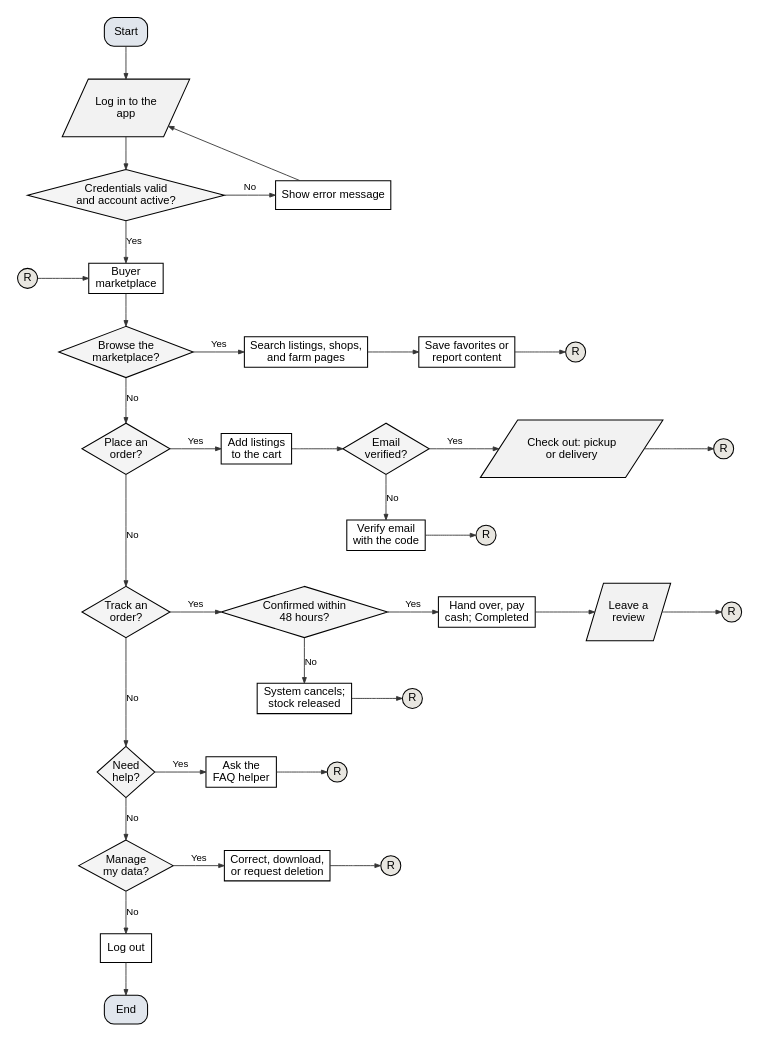
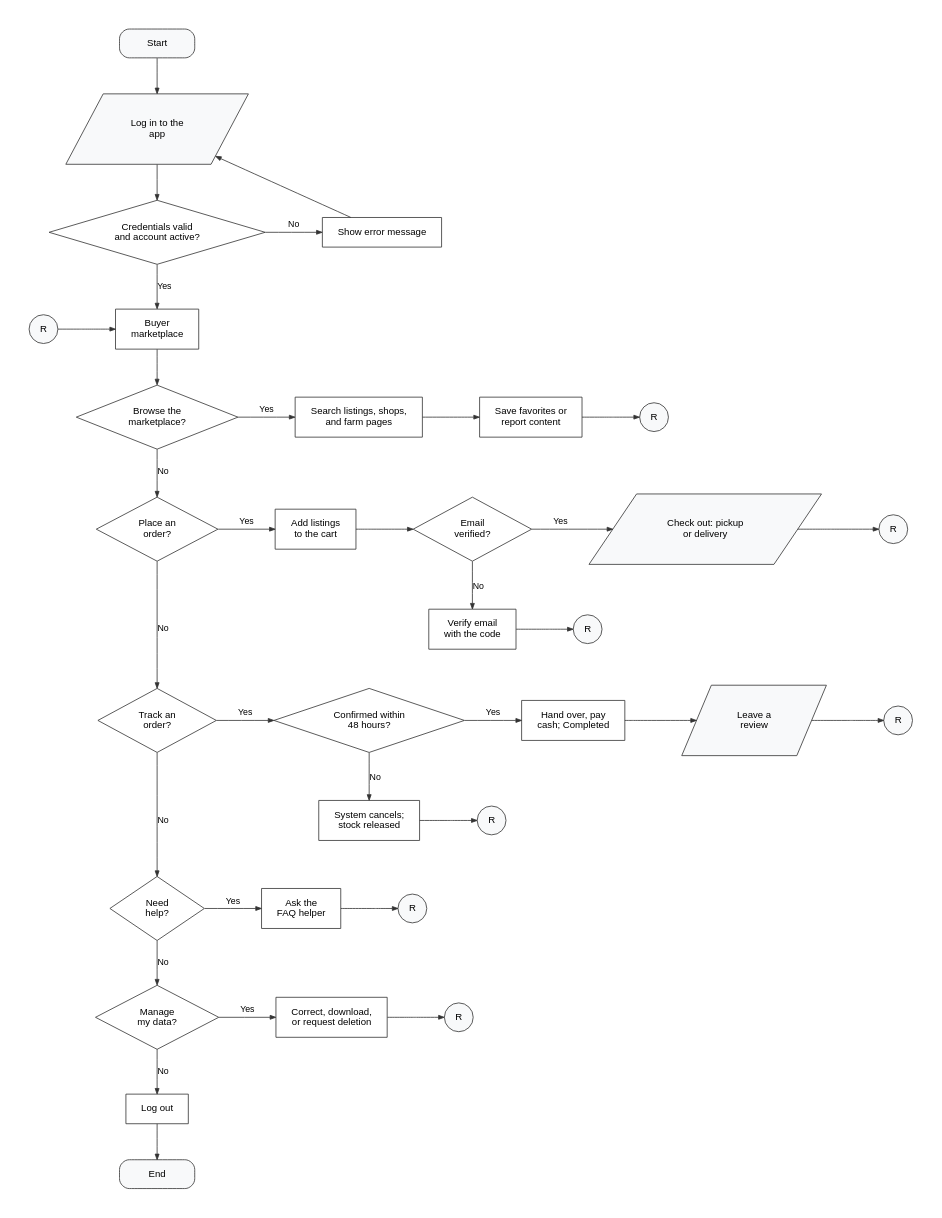
One commit to shawncastaneda11-commits/anihow-backend changed the diagram in docs/manuscript/figures/src/fig5e_flow_buyer.dot. Above: the diagram before and after it, drawn with Graphviz. The commit also changed 15 other files, not shown here.

First line of the commit message:
docs(manuscript): refactor Figure 5 to a publication-grade flowchart

```diff
--- a/docs/manuscript/figures/src/fig5e_flow_buyer.dot
+++ b/docs/manuscript/figures/src/fig5e_flow_buyer.dot
@@ -1,89 +1,89 @@
 digraph G {
-  graph [rankdir=TB, nodesep=0.45, ranksep=0.55, pad=0.2, fontname="Liberation Sans", newrank=true, splines=polyline];
-  node  [fontname="Liberation Sans", fontsize=14, penwidth=1.3, style=filled, fillcolor="#FFFFFF", margin="0.12,0.06"];
-  edge  [penwidth=1.1, arrowsize=0.7, color="#333333", fontname="Liberation Sans", fontsize=12];
-  s [shape=box, style="rounded,filled", fillcolor="#E1E6ED", label="Start"];
-  li [shape=parallelogram, fillcolor="#F2F2F2", label="Log in to the\napp", margin="0.02,0.04"];
-  ok [shape=diamond, fillcolor="#F4F4F4", label="Credentials valid\nand account active?", margin="0.02,0.02"];
+  graph [rankdir=TB, nodesep=0.5, ranksep=0.6, pad=0.4, fontname="Liberation Sans", newrank=true, splines=polyline, bgcolor="white"];
+  node  [fontname="Liberation Sans", fontsize=12, penwidth=1, color="#333333", style=filled, fillcolor="#FFFFFF", margin="0.26,0.16"];
+  edge  [penwidth=1, arrowsize=0.7, color="#333333", fontname="Liberation Sans", fontsize=11];
+  s [shape=box, style="rounded,filled", fillcolor="#F8F9FA", width=1.3, height=0.5, margin="0.2,0.1", label="Start"];
+  li [shape=parallelogram, fillcolor="#F8F9FA", label="Log in to the\napp", margin="0.30,0.12"];
+  ok [shape=diamond, fillcolor="#FFFFFF", label="Credentials valid\nand account active?", margin="0.20,0.10"];
   err [shape=box, label="Show error message"];
-  ain [shape=circle, width=0.35, fixedsize=true, fillcolor="#E8E6E0", label="R"];
+  ain [shape=circle, width=0.5, fixedsize=true, fillcolor="#F8F9FA", label="R"];
   home [shape=box, label="Buyer\nmarketplace"];
   lo [shape=box, label="Log out"];
-  end [shape=box, style="rounded,filled", fillcolor="#E1E6ED", label="End"];
+  end [shape=box, style="rounded,filled", fillcolor="#F8F9FA", width=1.3, height=0.5, margin="0.2,0.1", label="End"];
   s -> li;
   li -> ok;
   ok -> err [label="No"];
   err -> li [constraint=false];
   ok -> home [label="Yes"];
   ain -> home;
   {rank=same; ok err}
   {rank=same; home ain}
-  q0 [shape=diamond, fillcolor="#F4F4F4", label="Browse the\nmarketplace?", margin="0.02,0.02"];
+  q0 [shape=diamond, fillcolor="#FFFFFF", label="Browse the\nmarketplace?", margin="0.20,0.10"];
   home -> q0;
   s0_0 [shape=box, label="Search listings, shops,\nand farm pages"];
   q0 -> s0_0 [label="Yes"];
   s0_1 [shape=box, label="Save favorites or\nreport content"];
   s0_0 -> s0_1;
-  r0 [shape=circle, width=0.35, fixedsize=true, fillcolor="#E8E6E0", label="R"];
+  r0 [shape=circle, width=0.5, fixedsize=true, fillcolor="#F8F9FA", label="R"];
   s0_1 -> r0;
   {rank=same; q0; s0_0; s0_1; r0}
-  q1 [shape=diamond, fillcolor="#F4F4F4", label="Place an\norder?", margin="0.02,0.02"];
+  q1 [shape=diamond, fillcolor="#FFFFFF", label="Place an\norder?", margin="0.20,0.10"];
   q0 -> q1 [label="No"];
   s1_0 [shape=box, label="Add listings\nto the cart"];
   q1 -> s1_0 [label="Yes"];
-  s1_1 [shape=diamond, fillcolor="#F4F4F4", label="Email\nverified?", margin="0.02,0.02"];
+  s1_1 [shape=diamond, fillcolor="#FFFFFF", label="Email\nverified?", margin="0.20,0.10"];
   s1_0 -> s1_1;
   a1_1 [shape=box, label="Verify email\nwith the code"];
-  xa1_1 [shape=circle, width=0.35, fixedsize=true, fillcolor="#E8E6E0", label="R"];
+  xa1_1 [shape=circle, width=0.5, fixedsize=true, fillcolor="#F8F9FA", label="R"];
   s1_1 -> a1_1 [label="No"];
   a1_1 -> xa1_1;
   {rank=same; a1_1; xa1_1}
-  s1_2 [shape=parallelogram, fillcolor="#F2F2F2", label="Check out: pickup\nor delivery", margin="0.02,0.04"];
+  s1_2 [shape=parallelogram, fillcolor="#F8F9FA", label="Check out: pickup\nor delivery", margin="0.30,0.12"];
   s1_1 -> s1_2 [label="Yes"];
-  r1 [shape=circle, width=0.35, fixedsize=true, fillcolor="#E8E6E0", label="R"];
+  r1 [shape=circle, width=0.5, fixedsize=true, fillcolor="#F8F9FA", label="R"];
   s1_2 -> r1;
   {rank=same; q1; s1_0; s1_1; s1_2; r1}
-  q2 [shape=diamond, fillcolor="#F4F4F4", label="Track an\norder?", margin="0.02,0.02"];
+  q2 [shape=diamond, fillcolor="#FFFFFF", label="Track an\norder?", margin="0.20,0.10"];
   q1 -> q2 [label="No", minlen=2];
-  s2_0 [shape=diamond, fillcolor="#F4F4F4", label="Confirmed within\n48 hours?", margin="0.02,0.02"];
+  s2_0 [shape=diamond, fillcolor="#FFFFFF", label="Confirmed within\n48 hours?", margin="0.20,0.10"];
   q2 -> s2_0 [label="Yes"];
   a2_0 [shape=box, label="System cancels;\nstock released"];
-  xa2_0 [shape=circle, width=0.35, fixedsize=true, fillcolor="#E8E6E0", label="R"];
+  xa2_0 [shape=circle, width=0.5, fixedsize=true, fillcolor="#F8F9FA", label="R"];
   s2_0 -> a2_0 [label="No"];
   a2_0 -> xa2_0;
   {rank=same; a2_0; xa2_0}
   s2_1 [shape=box, label="Hand over, pay\ncash; Completed"];
   s2_0 -> s2_1 [label="Yes"];
-  s2_2 [shape=parallelogram, fillcolor="#F2F2F2", label="Leave a\nreview", margin="0.02,0.04"];
+  s2_2 [shape=parallelogram, fillcolor="#F8F9FA", label="Leave a\nreview", margin="0.30,0.12"];
   s2_1 -> s2_2;
-  r2 [shape=circle, width=0.35, fixedsize=true, fillcolor="#E8E6E0", label="R"];
+  r2 [shape=circle, width=0.5, fixedsize=true, fillcolor="#F8F9FA", label="R"];
   s2_2 -> r2;
   {rank=same; q2; s2_0; s2_1; s2_2; r2}
-  q3 [shape=diamond, fillcolor="#F4F4F4", label="Need\nhelp?", margin="0.02,0.02"];
+  q3 [shape=diamond, fillcolor="#FFFFFF", label="Need\nhelp?", margin="0.20,0.10"];
   q2 -> q3 [label="No", minlen=2];
   s3_0 [shape=box, label="Ask the\nFAQ helper"];
   q3 -> s3_0 [label="Yes"];
-  r3 [shape=circle, width=0.35, fixedsize=true, fillcolor="#E8E6E0", label="R"];
+  r3 [shape=circle, width=0.5, fixedsize=true, fillcolor="#F8F9FA", label="R"];
   s3_0 -> r3;
   {rank=same; q3; s3_0; r3}
-  q4 [shape=diamond, fillcolor="#F4F4F4", label="Manage\nmy data?", margin="0.02,0.02"];
+  q4 [shape=diamond, fillcolor="#FFFFFF", label="Manage\nmy data?", margin="0.20,0.10"];
   q3 -> q4 [label="No"];
   s4_0 [shape=box, label="Correct, download,\nor request deletion"];
   q4 -> s4_0 [label="Yes"];
-  r4 [shape=circle, width=0.35, fixedsize=true, fillcolor="#E8E6E0", label="R"];
+  r4 [shape=circle, width=0.5, fixedsize=true, fillcolor="#F8F9FA", label="R"];
   s4_0 -> r4;
   {rank=same; q4; s4_0; r4}
   q4 -> lo [label="No"];
   lo -> end;
   s [group=trunk];
   li [group=trunk];
   ok [group=trunk];
   home [group=trunk];
   lo [group=trunk];
   end [group=trunk];
   q0 [group=trunk];
   q1 [group=trunk];
   q2 [group=trunk];
   q3 [group=trunk];
   q4 [group=trunk];
 }
```
